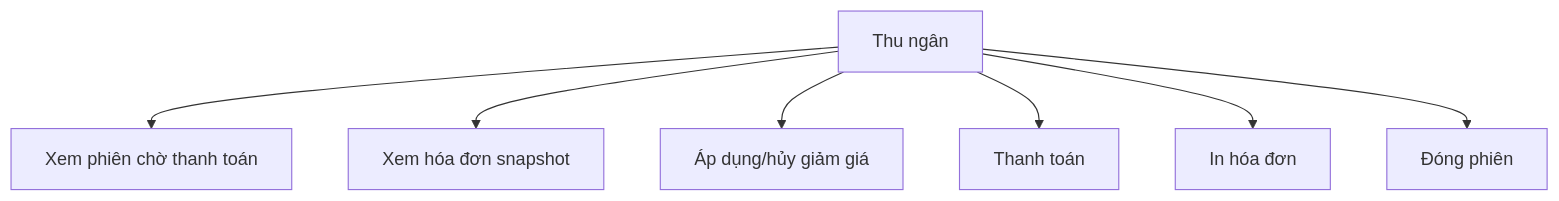
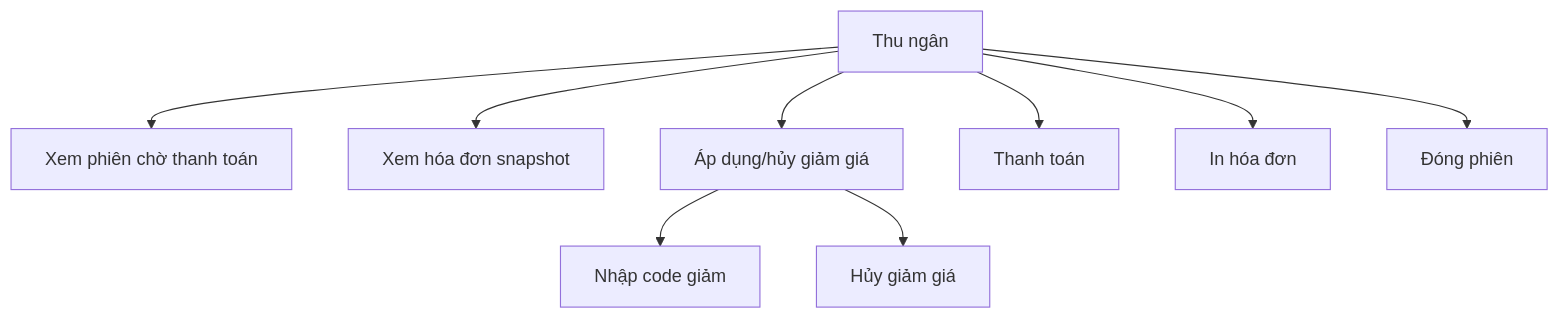
One commit to thanhhoa3514/restaurant-management changed the fifth of 6 diagrams in docs/chuc-nang-theo-vai-tro.md. Above: the diagram before and after it, drawn with Mermaid. The commit also changed other lines of this file and 277 other files, not shown here.

````diff
--- a/docs/chuc-nang-theo-vai-tro.md
+++ b/docs/chuc-nang-theo-vai-tro.md
@@ -146,10 +154,12 @@
 ```mermaid
 graph TD
     TN["Thu ngân"]
     TN --> d1["Xem phiên chờ thanh toán"]
     TN --> d2["Xem hóa đơn snapshot"]
     TN --> d3["Áp dụng/hủy giảm giá"]
     TN --> d4["Thanh toán"]
     TN --> d5["In hóa đơn"]
     TN --> d6["Đóng phiên"]
+    d3 --> d3a["Nhập code giảm"]
+    d3 --> d3b["Hủy giảm giá"]
 ```
````
